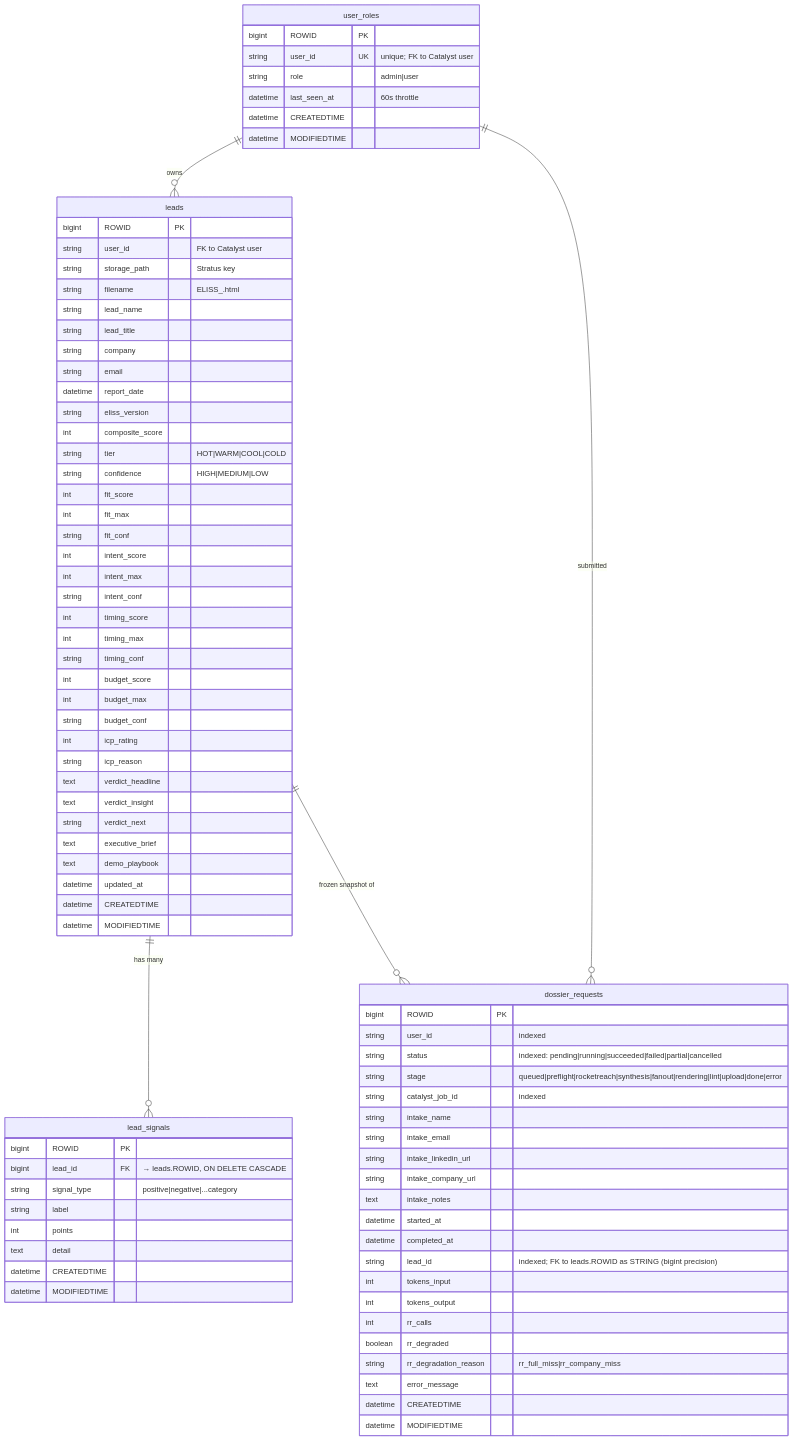
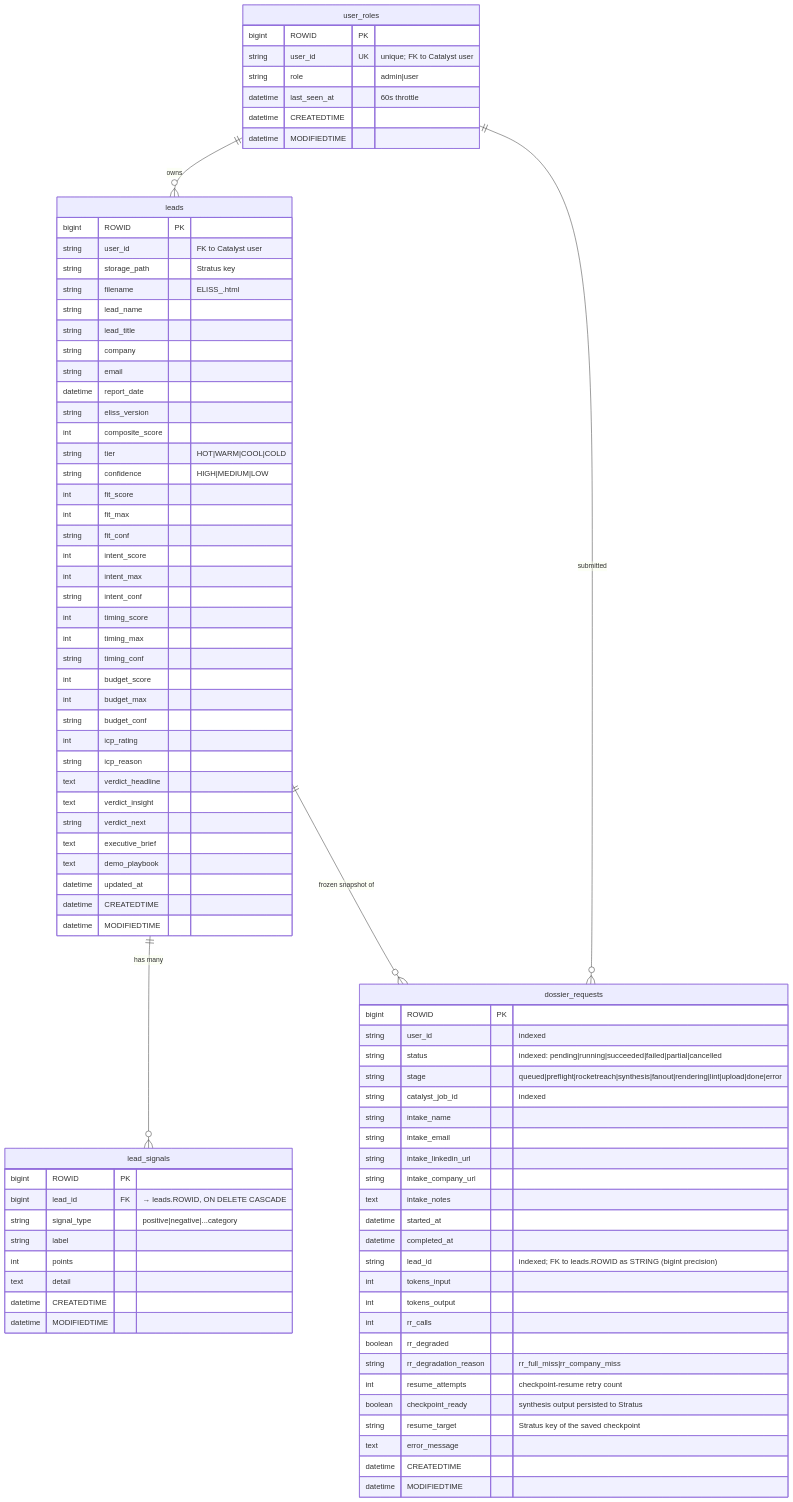
The diagram in docs/architecture/06-data-model.md (dwaipayan-g-6158/lead-insight-hub), drawn with Mermaid before and after one commit. The commit also changed other lines of this file and 125 other files, not shown here.

```diff
--- a/docs/architecture/06-data-model.md
+++ b/docs/architecture/06-data-model.md
@@ -97,6 +102,9 @@
         int rr_calls
         boolean rr_degraded
         string rr_degradation_reason "rr_full_miss|rr_company_miss"
+        int resume_attempts "checkpoint-resume retry count"
+        boolean checkpoint_ready "synthesis output persisted to Stratus"
+        string resume_target "Stratus key of the saved checkpoint"
         text error_message
         datetime CREATEDTIME
         datetime MODIFIEDTIME
```
